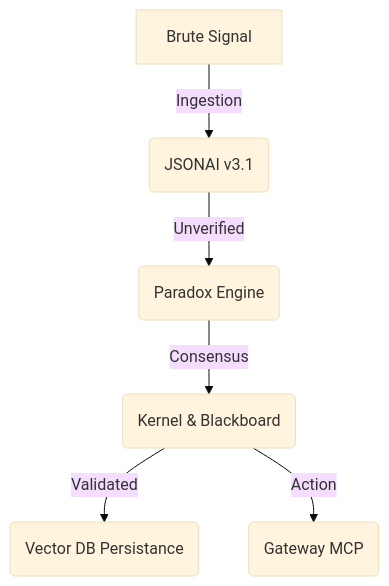
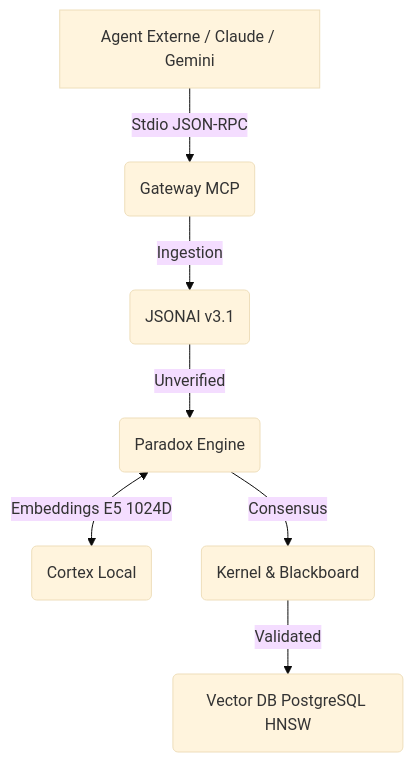
The diagram in README.md (JulienGioux/r2d2-core), drawn with Mermaid (base theme) before and after one commit. The commit also changed other lines of this file and 42 other files, not shown here.

First line of the commit message:
feat(architecture): Industrialisation Cortex & MCP Native (Tests, CI, Docs)

````diff
--- a/README.md
+++ b/README.md
@@ -67,8 +70,9 @@
 ```mermaid
 graph TD;
-    Signal[Brute Signal] -->|Ingestion| Brique1(JSONAI v3.1);
+    LLM[Agent Externe / Claude / Gemini] -->|Stdio JSON-RPC| Brique9(Gateway MCP);
+    Brique9 -->|Ingestion| Brique1(JSONAI v3.1);
     Brique1 -->|Unverified| Brique3(Paradox Engine);
+    Brique3 <-->|Embeddings E5 1024D| Brique4(Cortex Local);
     Brique3 -->|Consensus| Brique2(Kernel & Blackboard);
-    Brique2 -->|Validated| Brique7(Vector DB Persistance);
-    Brique2 -->|Action| Brique9(Gateway MCP);
+    Brique2 -->|Validated| Brique7(Vector DB PostgreSQL HNSW);
 ```
````
